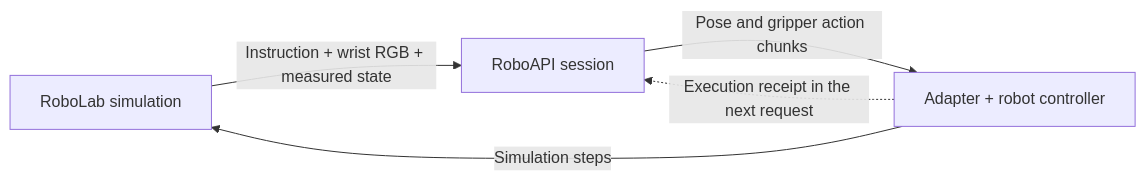
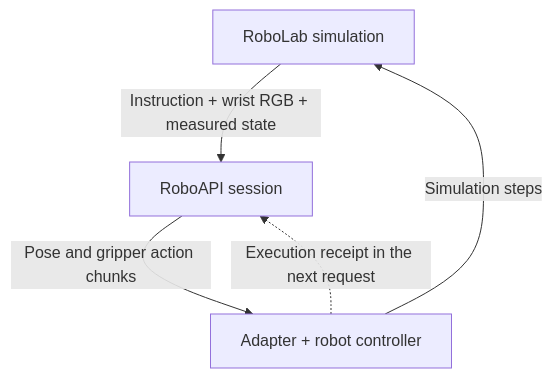
Before and after one commit to huashanjian/roboapi-playground: the diagram in README.md, drawn with Mermaid. The commit also changed 1 other file, not shown here.

Commit message:
docs: arrange the data flow vertically for mobile

````diff
--- a/README.md
+++ b/README.md
@@ -88,10 +88,10 @@
 ```mermaid
-flowchart LR
+flowchart TD
     sim["RoboLab simulation"]
     api["RoboAPI session"]
     adapter["Adapter + robot controller"]
     sim -->|"Instruction + wrist RGB + measured state"| api
     api -->|"Pose and gripper action chunks"| adapter
     adapter -->|"Simulation steps"| sim
     adapter -.->|"Execution receipt in the next request"| api
 ```
````
